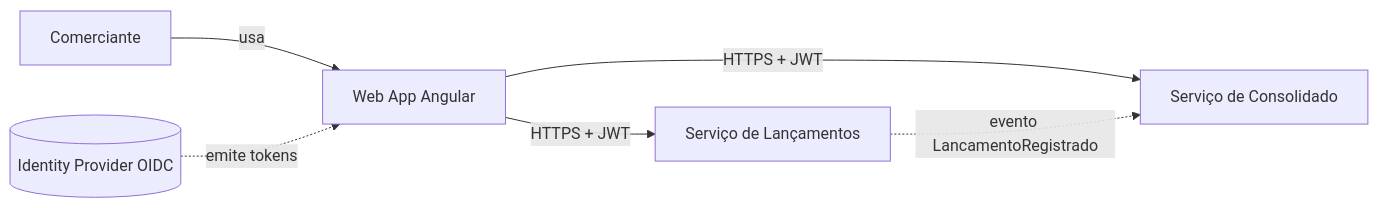
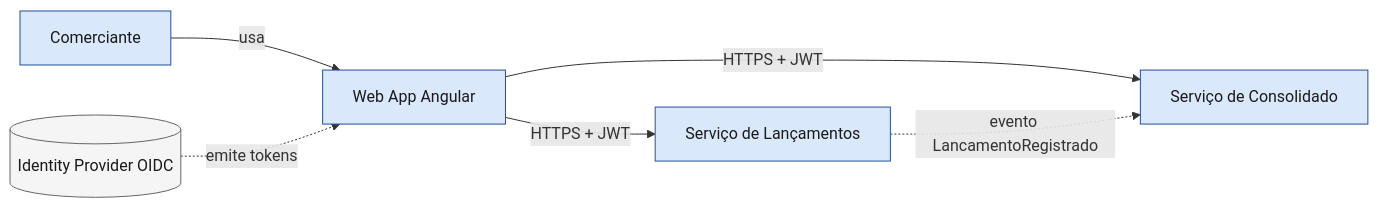
Before and after one commit to AugustinhoCelestino/verx: the first of 3 diagrams in docs/003-desenho-da-solucao.md, drawn with Mermaid. The commit also changed other lines of this file and 21 other files, not shown here.

Commit message:
Correlation-id ponta a ponta e documentacao: riscos, LGPD, visao geral, MoSCoW e diagramas padronizados

````diff
--- a/docs/003-desenho-da-solucao.md
+++ b/docs/003-desenho-da-solucao.md
@@ -21,8 +33,13 @@
 ```mermaid
 flowchart LR
     C[Comerciante] -->|usa| W[Web App Angular]
     W -->|HTTPS + JWT| L[Serviço de Lançamentos]
     W -->|HTTPS + JWT| K[Serviço de Consolidado]
     L -.->|evento LancamentoRegistrado| K
     IdP[(Identity Provider OIDC)] -. emite tokens .-> W
+
+    classDef svc fill:#DAE8FC,stroke:#254F9B,color:#1A1A1A
+    classDef ext fill:#F5F5F5,stroke:#666666,color:#1A1A1A
+    class C,W,L,K svc
+    class IdP ext
 ```
````
